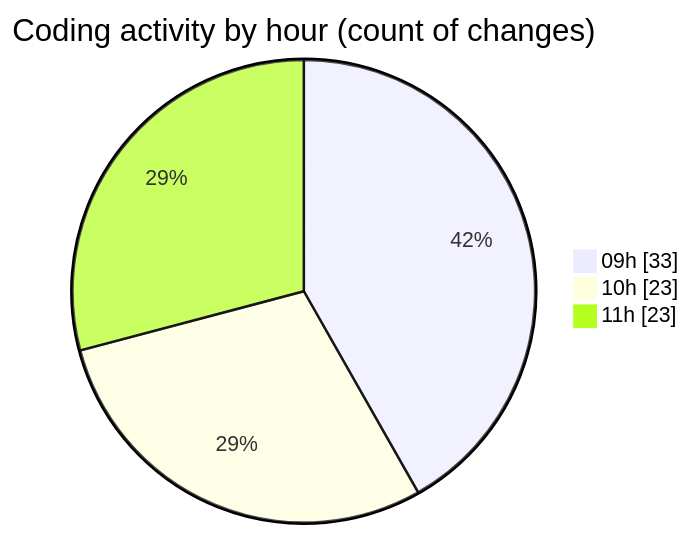
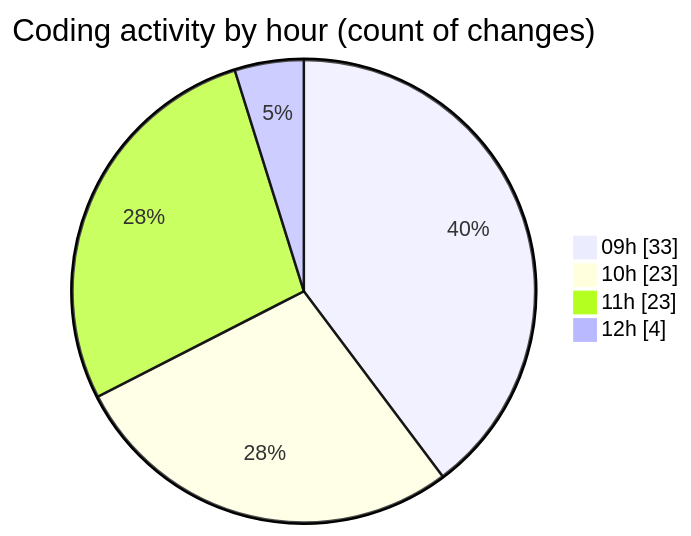
Before and after one commit to CELIANVF/code-tracking: the second of 2 diagrams in 2025-05-20/ecodeli-1/README.md, drawn with Mermaid. The commit also changed other lines of this file and 1 other file, not shown here.

````diff
--- a/2025-05-20/ecodeli-1/README.md
+++ b/2025-05-20/ecodeli-1/README.md
@@ -58,7 +60,8 @@
 ```mermaid
 pie showData
 title Coding activity by hour (count of changes)
 "09h" : 33
 "10h" : 23
 "11h" : 23
+"12h" : 4
 ```
````
